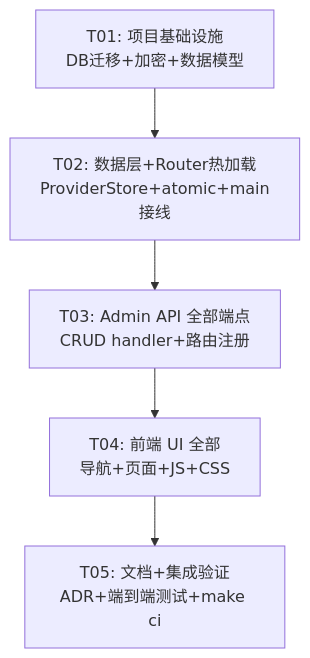
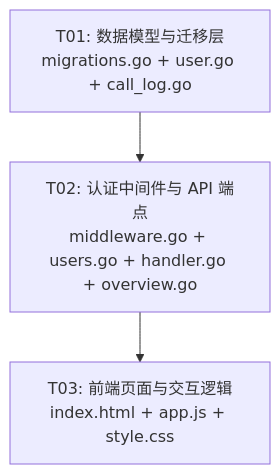
The fourth of 4 diagrams in docs/system_design.md (16499259-oss/shimiaocheng-llm), drawn with Mermaid before and after one commit. The commit also changed other lines of this file and 4 other files, not shown here.

Commit message:
docs: update design docs + add user-expiry PRD and sequence diagram

````diff
--- a/docs/system_design.md
+++ b/docs/system_design.md
@@ -695,7 +396,8 @@
 ```mermaid
 graph TD
-    T01[ T01: 项目基础设施<br/>DB迁移+加密+数据模型 ] --> T02[ T02: 数据层+Router热加载<br/>ProviderStore+atomic+main接线 ]
-    T02 --> T03[ T03: Admin API 全部端点<br/>CRUD handler+路由注册 ]
-    T03 --> T04[ T04: 前端 UI 全部<br/>导航+页面+JS+CSS ]
-    T04 --> T05[ T05: 文档+集成验证<br/>ADR+端到端测试+make ci ]
+    T01["T01: 数据模型与迁移层<br/>migrations.go + user.go + call_log.go"]
+    T02["T02: 认证中间件与 API 端点<br/>middleware.go + users.go + handler.go + overview.go"]
+    T03["T03: 前端页面与交互逻辑<br/>index.html + app.js + style.css"]
+
+    T01 --> T02 --> T03
 ```
````
